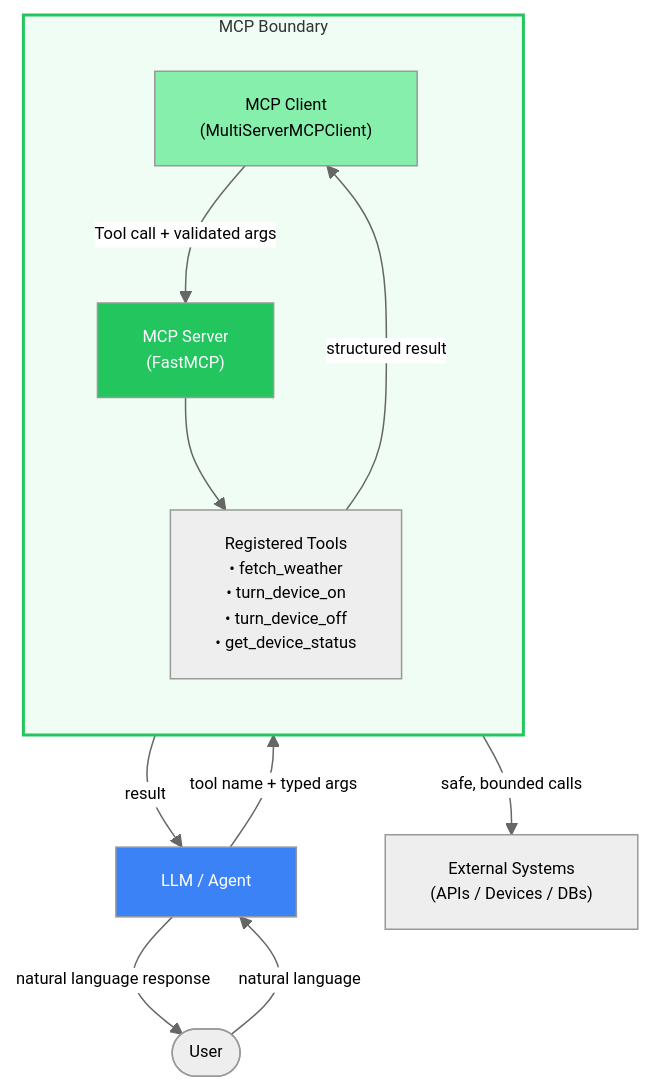
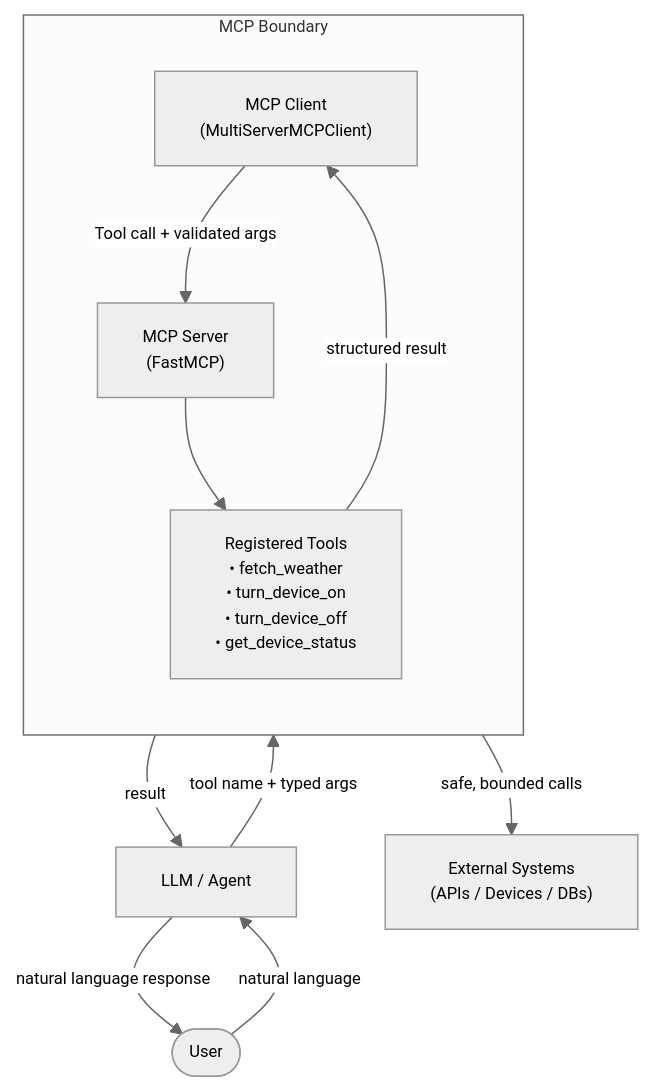
The second of 8 diagrams in workflow/workflow.md (the-write-path-code/ch08-model-context-protocol), drawn with Mermaid before and after one commit. The commit also changed other lines of this file, not shown here.

````diff
--- a/workflow/workflow.md
+++ b/workflow/workflow.md
@@ -48,29 +48,24 @@
 ```mermaid
 %%{init: {"theme": "neutral", "themeVariables": {"fontFamily": "Arial, Helvetica, sans-serif", "fontSize": "11px", "actorFontSize": "11px", "noteFontSize": "10px", "messageFontSize": "10px"}}}%%
 flowchart TD
     U(["User"])
     LLM["LLM / Agent"]
 
     subgraph MCP_BOUNDARY ["MCP Boundary"]
         direction TB
         MCPClient["MCP Client\n(MultiServerMCPClient)"]
         MCPServer["MCP Server\n(FastMCP)"]
         Tools["Registered Tools\n• fetch_weather\n• turn_device_on\n• turn_device_off\n• get_device_status"]
         MCPClient -->|"Tool call + validated args"| MCPServer
         MCPServer --> Tools
     end
 
     ExtSys["External Systems\n(APIs / Devices / DBs)"]
 
     U -->|natural language| LLM
     LLM -->|"tool name + typed args"| MCPClient
     Tools -->|"structured result"| MCPClient
     MCPClient -->|"result"| LLM
     LLM -->|"natural language response"| U
     Tools -->|"safe, bounded calls"| ExtSys
-
-    style MCP_BOUNDARY fill:#f0fdf4,stroke:#22c55e,stroke-width:2px
-    style MCPServer fill:#22c55e,color:#fff
-    style MCPClient fill:#86efac
-    style LLM fill:#3b82f6,color:#fff
 ```
````
